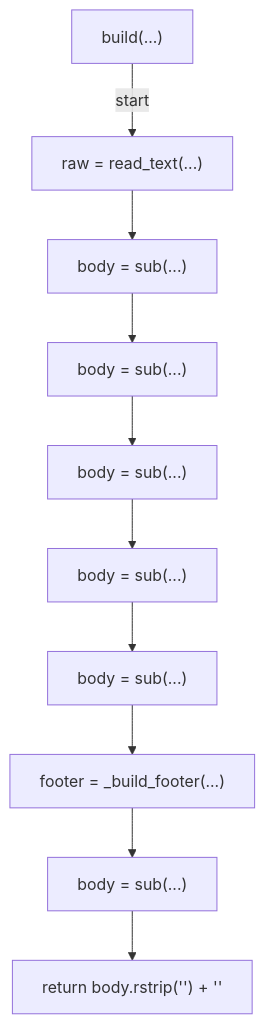
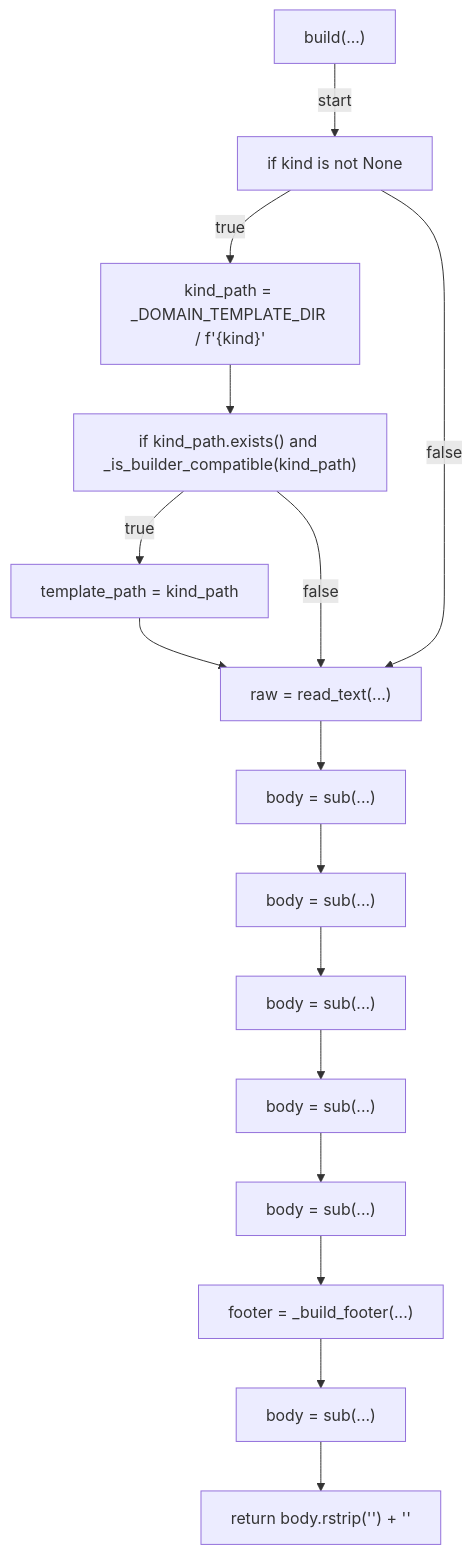
One commit to tvna/claude-md changed the fourth of 5 diagrams in docs/generated/scripts/ast/pr_body_builder.md. Above: the diagram before and after it, drawn with Mermaid. The commit also changed other lines of this file, not shown here.

First line of the commit message:
docs(generated): regenerate decision tree and workflow diagrams

````diff
--- a/docs/generated/scripts/ast/pr_body_builder.md
+++ b/docs/generated/scripts/ast/pr_body_builder.md
@@ -24,22 +44,32 @@
 ```mermaid
 flowchart TD
     N001["build(...)"]
-    N002["raw = read_text(...)"]
-    N003["body = sub(...)"]
-    N004["body = sub(...)"]
-    N005["body = sub(...)"]
-    N006["body = sub(...)"]
+    N002["if kind is not None"]
+    N003["kind_path = _DOMAIN_TEMPLATE_DIR / f'{kind}<str>'"]
+    N004["if kind_path.exists() and _is_builder_compatible(kind_path)"]
+    N005["template_path = kind_path"]
+    N006["raw = read_text(...)"]
     N007["body = sub(...)"]
-    N008["footer = _build_footer(...)"]
+    N008["body = sub(...)"]
     N009["body = sub(...)"]
-    N010["return body.rstrip('<str>') + '<str>'"]
+    N010["body = sub(...)"]
+    N011["body = sub(...)"]
+    N012["footer = _build_footer(...)"]
+    N013["body = sub(...)"]
+    N014["return body.rstrip('<str>') + '<str>'"]
     N001 -->|"start"| N002
-    N002 --> N003
+    N002 -->|"true"| N003
     N003 --> N004
-    N004 --> N005
+    N004 -->|"true"| N005
     N005 --> N006
+    N004 -->|"false"| N006
+    N002 -->|"false"| N006
     N006 --> N007
     N007 --> N008
     N008 --> N009
     N009 --> N010
+    N010 --> N011
+    N011 --> N012
+    N012 --> N013
+    N013 --> N014
 ```
````
